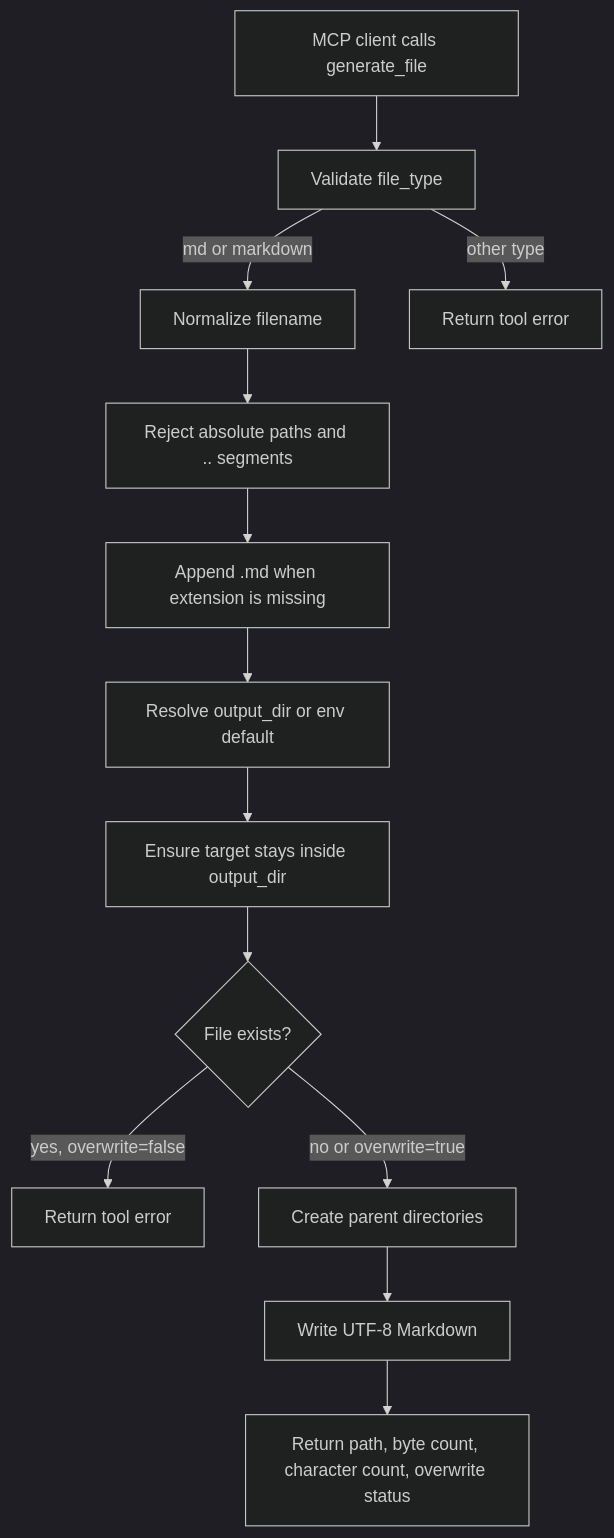
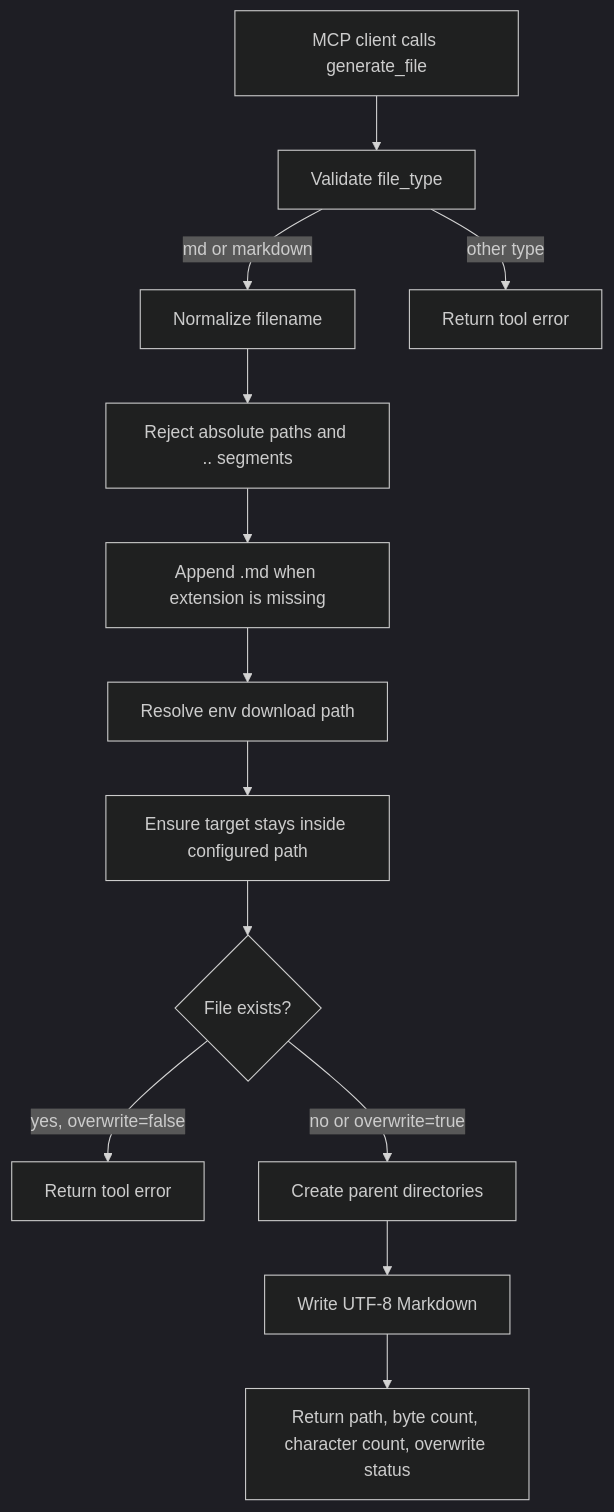
Before and after one commit to mymacmeet-crypto/local-mcp: the diagram in docs/generate_file.md, drawn with Mermaid (dark theme). The commit also changed other lines of this file and 30 other files, not shown here.

````diff
--- a/docs/generate_file.md
+++ b/docs/generate_file.md
@@ -9,15 +9,15 @@
 ```mermaid
 flowchart TD
     A[MCP client calls generate_file] --> B[Validate file_type]
     B -->|md or markdown| C[Normalize filename]
     B -->|other type| X[Return tool error]
     C --> D[Reject absolute paths and .. segments]
     D --> E[Append .md when extension is missing]
-    E --> F[Resolve output_dir or env default]
-    F --> G[Ensure target stays inside output_dir]
+    E --> F[Resolve env download path]
+    F --> G[Ensure target stays inside configured path]
     G --> H{File exists?}
     H -->|yes, overwrite=false| Y[Return tool error]
     H -->|no or overwrite=true| I[Create parent directories]
     I --> J[Write UTF-8 Markdown]
     J --> K[Return path, byte count, character count, overwrite status]
 ```
````
